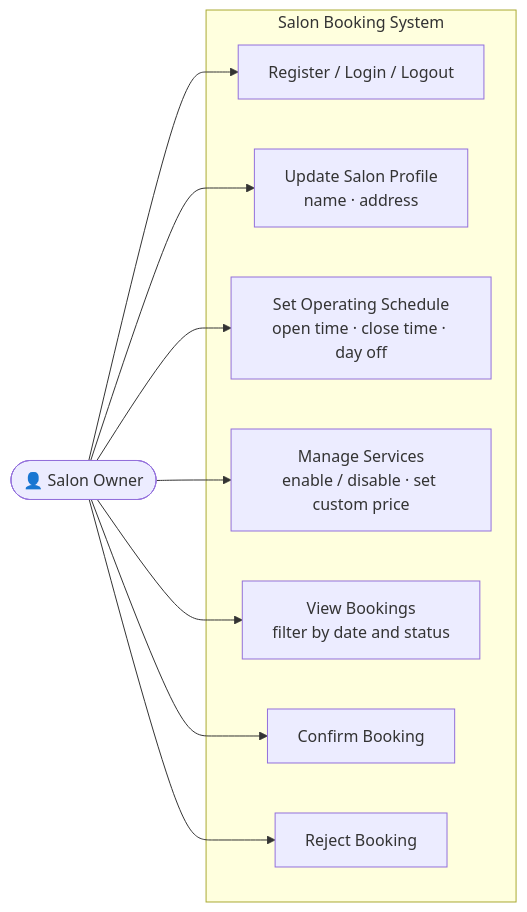
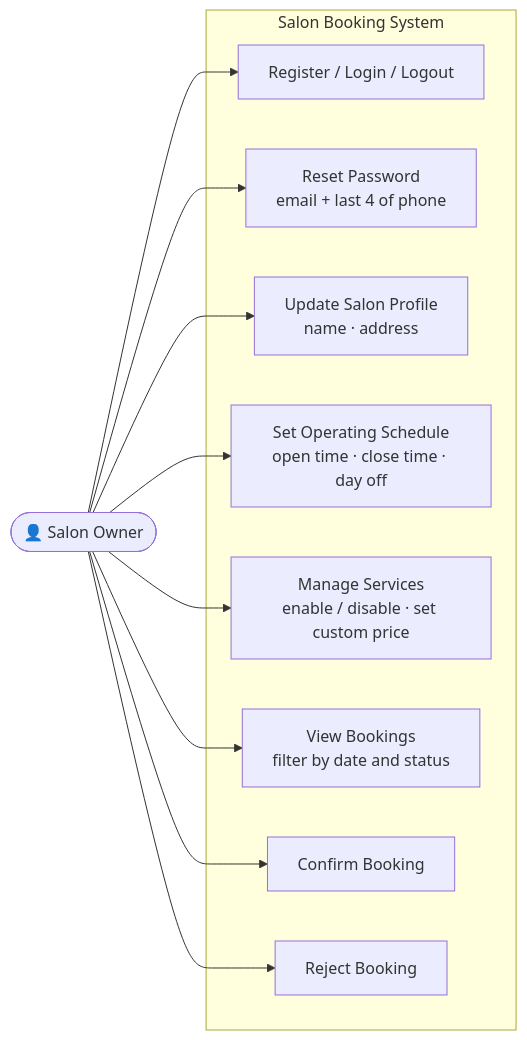
The sixth of 21 diagrams in docs/PROJECT-REPORT.md (sp075/salon-booking-system), drawn with Mermaid before and after one commit. The commit also changed other lines of this file and 10 other files, not shown here.

First line of the commit message:
feat: add password reset functionality (#4)

````diff
--- a/docs/PROJECT-REPORT.md
+++ b/docs/PROJECT-REPORT.md
@@ -553,22 +553,24 @@
 ```mermaid
 flowchart LR
     Owner(["👤 Salon Owner"])
 
     subgraph System["Salon Booking System"]
         UC_AUTH["Register / Login / Logout"]
+        UC_RESET["Reset Password\nemail + last 4 of phone"]
         UC_PROFILE["Update Salon Profile\nname · address"]
         UC_SCHEDULE["Set Operating Schedule\nopen time · close time · day off"]
         UC_SERVICES["Manage Services\nenable / disable · set custom price"]
         UC_VIEW_BK["View Bookings\nfilter by date and status"]
         UC_CONFIRM["Confirm Booking"]
         UC_REJECT["Reject Booking"]
     end
 
     Owner --> UC_AUTH
+    Owner --> UC_RESET
     Owner --> UC_PROFILE
     Owner --> UC_SCHEDULE
     Owner --> UC_SERVICES
     Owner --> UC_VIEW_BK
     Owner --> UC_CONFIRM
     Owner --> UC_REJECT
 ```
````
